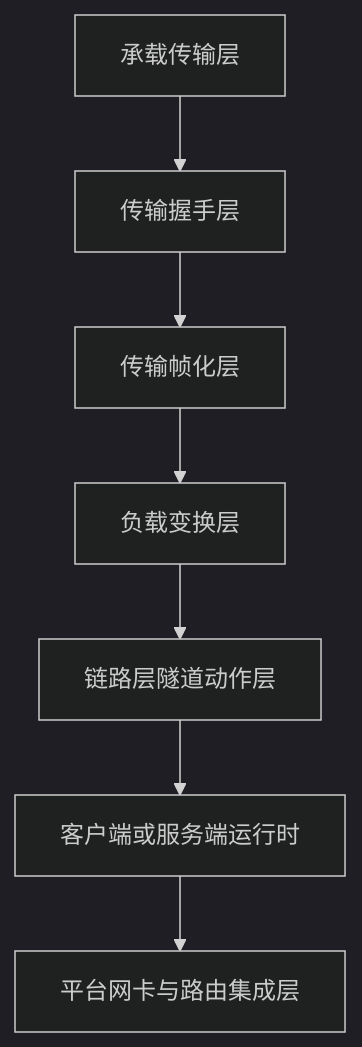
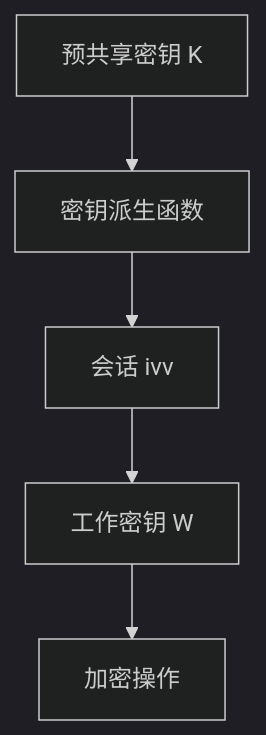
The sixth of 11 diagrams in docs/TRANSMISSION_CN.md (HyacinthHaru/openppp2), drawn with Mermaid (dark theme) before and after one commit. The commit also changed other lines of this file and 31 other files, not shown here.

````diff
--- a/docs/TRANSMISSION_CN.md
+++ b/docs/TRANSMISSION_CN.md
@@ -42,9 +236,7 @@
 ```mermaid
 flowchart TD
-    A[承载传输层] --> B[传输握手层]
-    B --> C[传输帧化层]
-    C --> D[负载变换层]
-    D --> E[链路层隧道动作层]
-    E --> F[客户端或服务端运行时]
-    F --> G[平台网卡与路由集成层]
+    A[预共享密钥 K] --> B[密钥派生函数]
+    B --> C[会话 ivv]
+    C --> D[工作密钥 W]
+    D --> E[加密操作]
 ```
````
